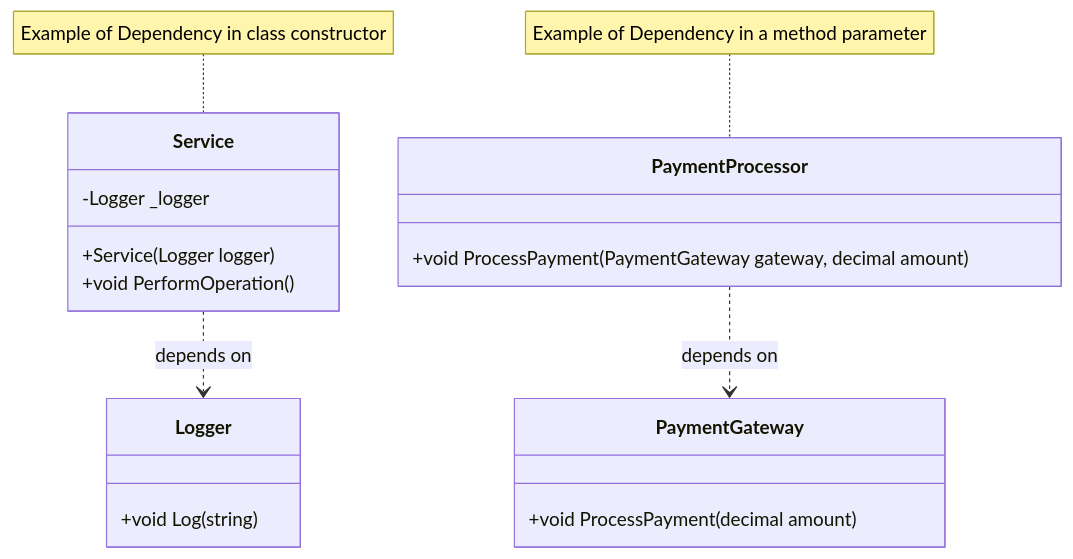
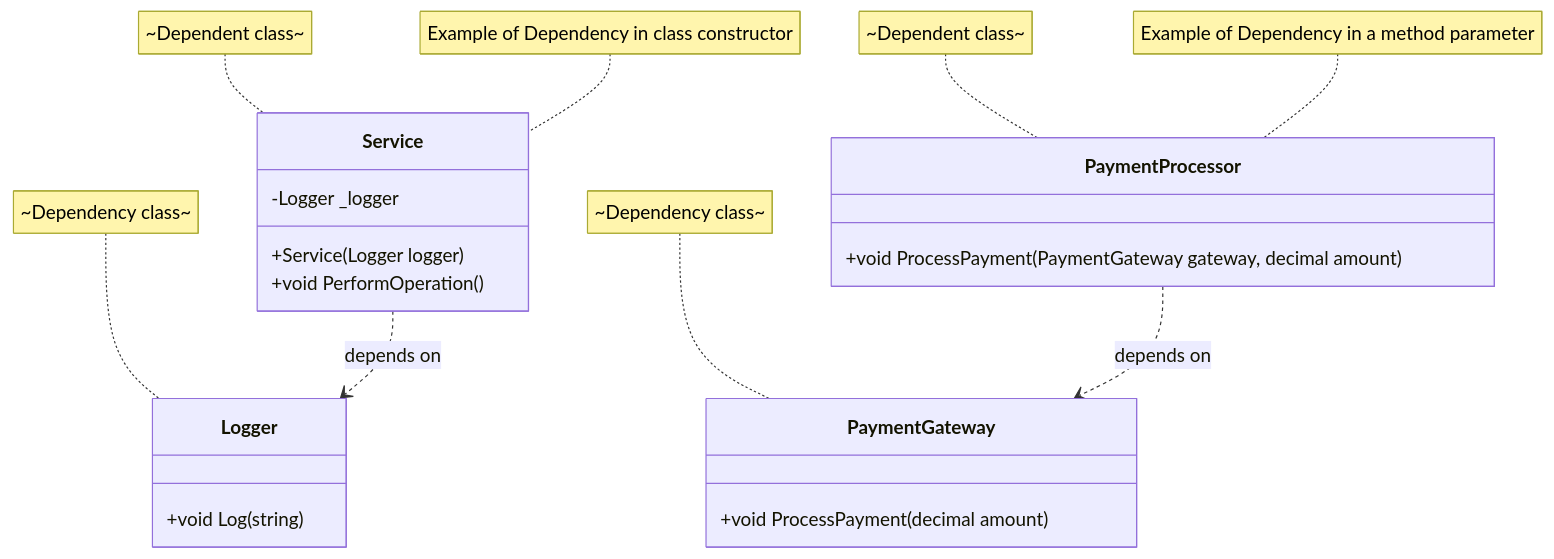
One commit to manikanta-annavarapu/dotnet-experiments changed the diagram in DesignPatterns/ObjectRelations/Dependency/Dependency.md. Above: the diagram before and after it, drawn with Mermaid.

Commit message:
updated mermaid diagram for dependency

````diff
--- a/DesignPatterns/ObjectRelations/Dependency/Dependency.md
+++ b/DesignPatterns/ObjectRelations/Dependency/Dependency.md
@@ -25,26 +25,30 @@
 ```mermaid
 classDiagram
 Service ..> Logger : depends on
 PaymentProcessor ..> PaymentGateway : depends on
 
+note for Service "~Dependent class~"
 note for Service "Example of Dependency in class constructor"
 class Service {
     -Logger _logger
     +Service(Logger logger)
     +void PerformOperation()
 }
 
+note for Logger "~Dependency class~"
 class Logger{
     +void Log(string)
 }
 
+note for PaymentGateway "~Dependency class~"
 class PaymentGateway {
     +void ProcessPayment(decimal amount)
 }
 
+note for PaymentProcessor "~Dependent class~"
 note for PaymentProcessor "Example of Dependency in a method parameter"
 class PaymentProcessor {
     +void ProcessPayment(PaymentGateway gateway, decimal amount)
 }
 
 ```
````
